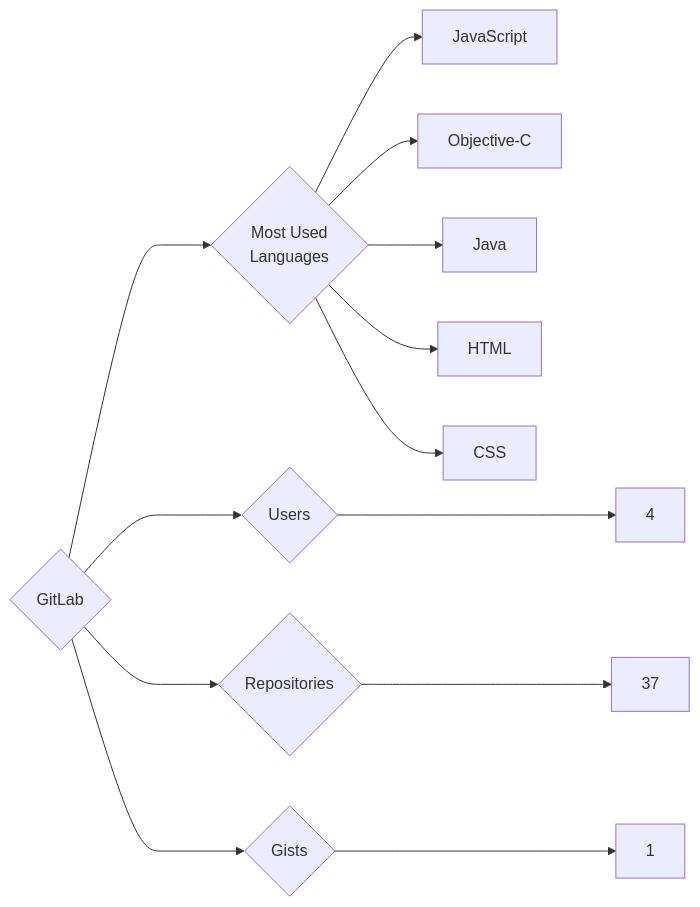
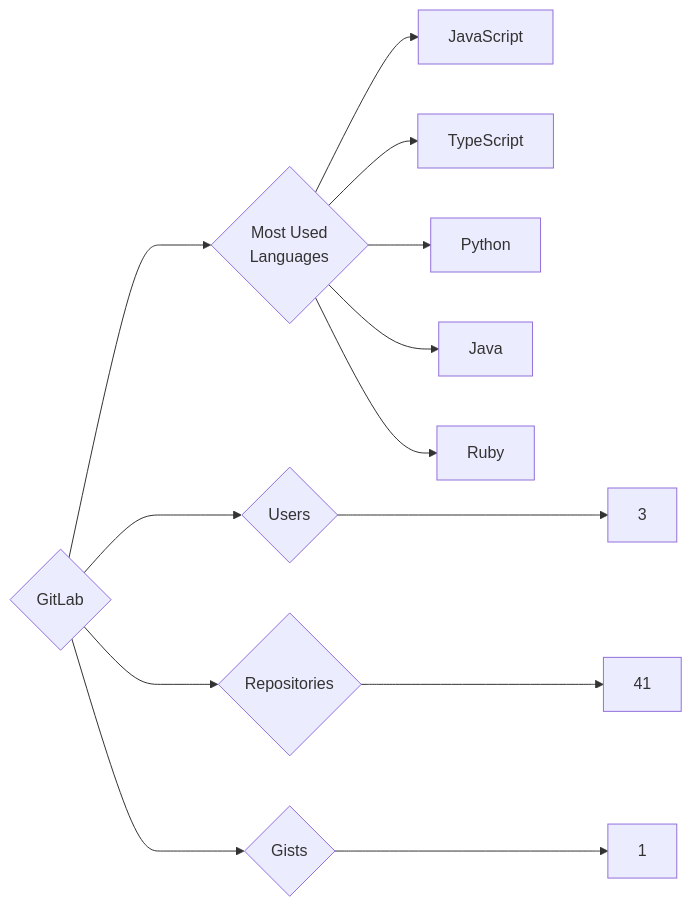
One commit to trickest/insiders changed the diagram in targets/GitLab/README.md. Above: the diagram before and after it, drawn with Mermaid. The commit also changed 840 other files, not shown here.

````diff
--- a/targets/GitLab/README.md
+++ b/targets/GitLab/README.md
@@ -3,13 +3,13 @@
 ```mermaid
 graph LR
 COMPANY_NAME{GitLab}
-COMPANY_NAME ---> U{Users} ---> UN[4]
-COMPANY_NAME ---> R{Repositories} ---> RN[37]
+COMPANY_NAME ---> U{Users} ---> UN[3]
+COMPANY_NAME ---> R{Repositories} ---> RN[41]
 COMPANY_NAME ---> G{Gists} ---> GN[1]
 COMPANY_NAME ---> ML{Most Used<br>Languages}
 ML --> JavaScript[JavaScript]
-ML --> Objective-C[Objective-C]
+ML --> TypeScript[TypeScript]
+ML --> Python[Python]
 ML --> Java[Java]
-ML --> HTML[HTML]
-ML --> CSS[CSS]
+ML --> Ruby[Ruby]
 ```
````
